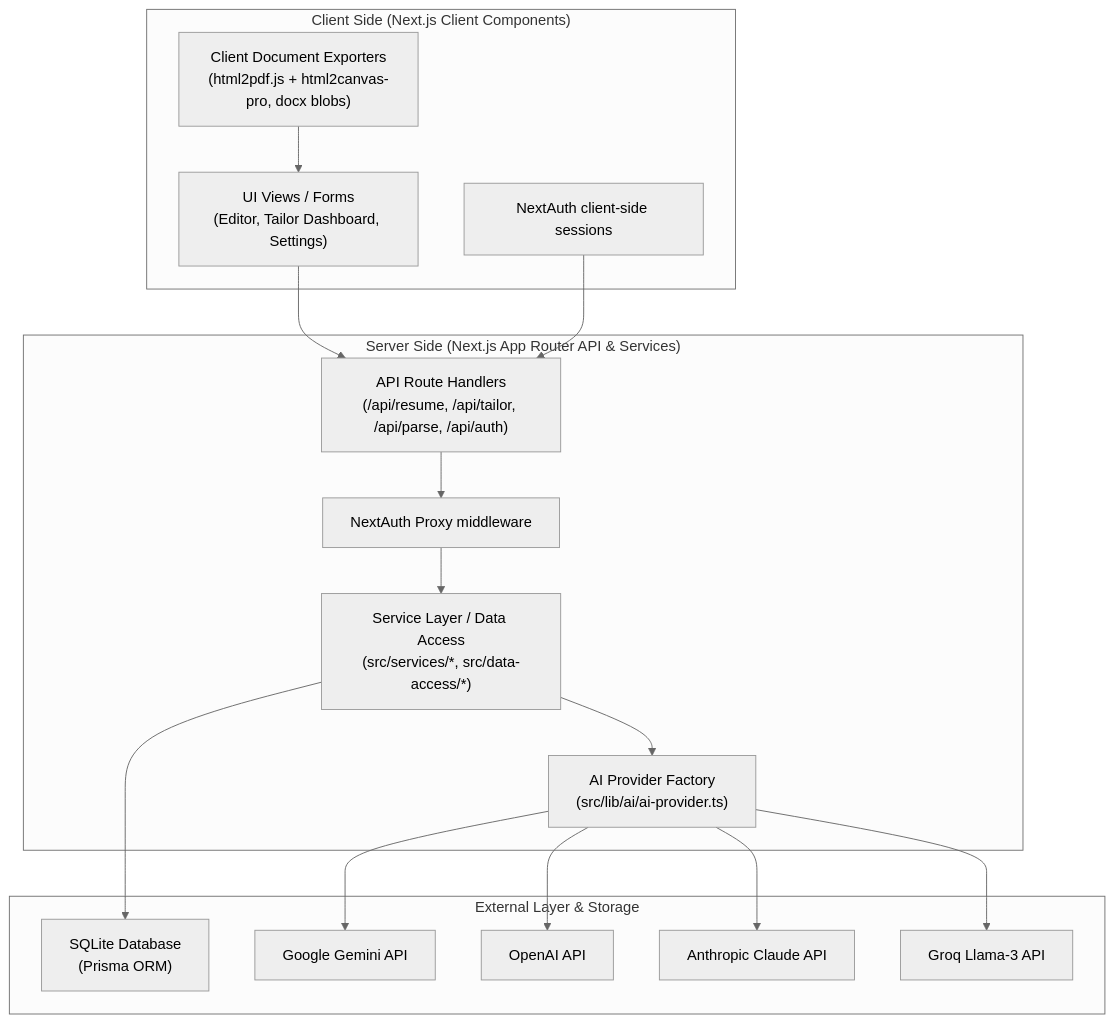
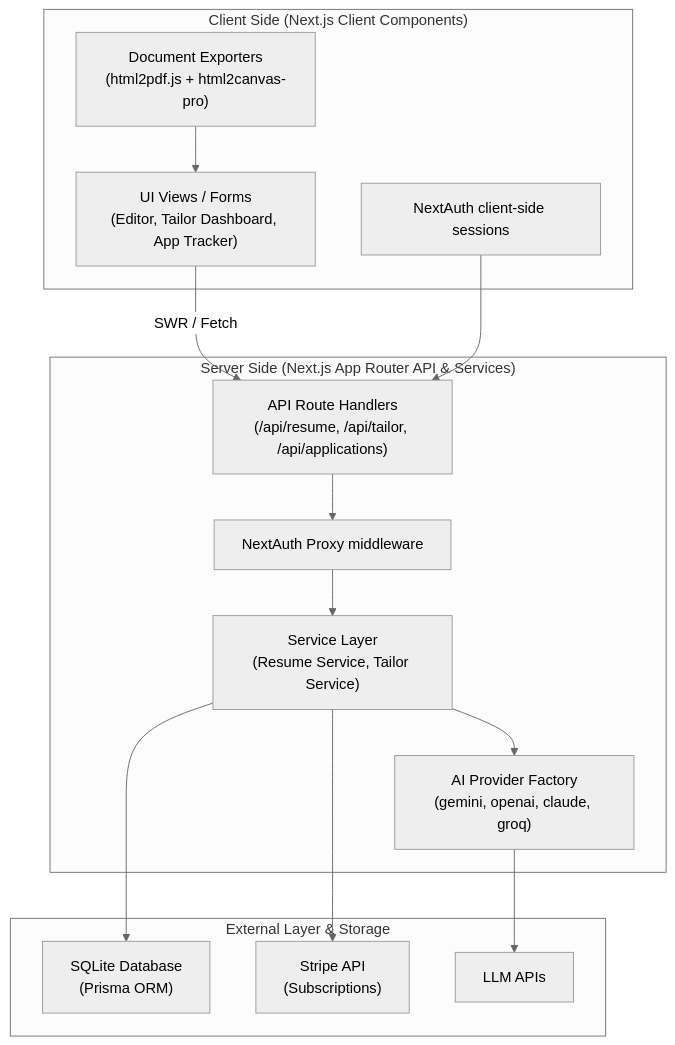
Before and after one commit to nasimuddinbd02/resume_builder: the first of 2 diagrams in README.md, drawn with Mermaid (neutral theme). The commit also changed other lines of this file and 29 other files, not shown here.

Commit message:
feat: Add job applications tracker, fix hydration errors, stripe integration, auto-track tailored applications, and rebrand landing page

````diff
--- a/README.md
+++ b/README.md
@@ -11,35 +27,31 @@
 ```mermaid
 graph TD
     subgraph Client ["Client Side (Next.js Client Components)"]
-        UI["UI Views / Forms<br>(Editor, Tailor Dashboard, Settings)"]
+        UI["UI Views / Forms<br>(Editor, Tailor Dashboard, App Tracker)"]
         ClientAuth["NextAuth client-side sessions"]
-        Exporters["Client Document Exporters<br>(html2pdf.js + html2canvas-pro, docx blobs)"]
+        Exporters["Document Exporters<br>(html2pdf.js + html2canvas-pro)"]
     end
 
     subgraph Server ["Server Side (Next.js App Router API & Services)"]
-        API["API Route Handlers<br>(/api/resume, /api/tailor, /api/parse, /api/auth)"]
+        API["API Route Handlers<br>(/api/resume, /api/tailor, /api/applications)"]
         Middleware["NextAuth Proxy middleware"]
-        ServiceLayer["Service Layer / Data Access<br>(src/services/*, src/data-access/*)"]
-        AIProvider["AI Provider Factory<br>(src/lib/ai/ai-provider.ts)"]
+        ServiceLayer["Service Layer<br>(Resume Service, Tailor Service)"]
+        AIProvider["AI Provider Factory<br>(gemini, openai, claude, groq)"]
     end
 
     subgraph External ["External Layer & Storage"]
         DB["SQLite Database<br>(Prisma ORM)"]
-        GeminiAPI["Google Gemini API"]
-        OpenAIAPI["OpenAI API"]
-        ClaudeAPI["Anthropic Claude API"]
-        GroqAPI["Groq Llama-3 API"]
+        StripeAPI["Stripe API<br>(Subscriptions)"]
+        LLM["LLM APIs"]
     end
 
-    UI --> API
+    UI -->|SWR / Fetch| API
     Exporters --> UI
     ClientAuth --> API
     API --> Middleware
     Middleware --> ServiceLayer
     ServiceLayer --> DB
+    ServiceLayer --> StripeAPI
     ServiceLayer --> AIProvider
-    AIProvider --> GeminiAPI
-    AIProvider --> OpenAIAPI
-    AIProvider --> ClaudeAPI
-    AIProvider --> GroqAPI
+    AIProvider --> LLM
 ```
````
